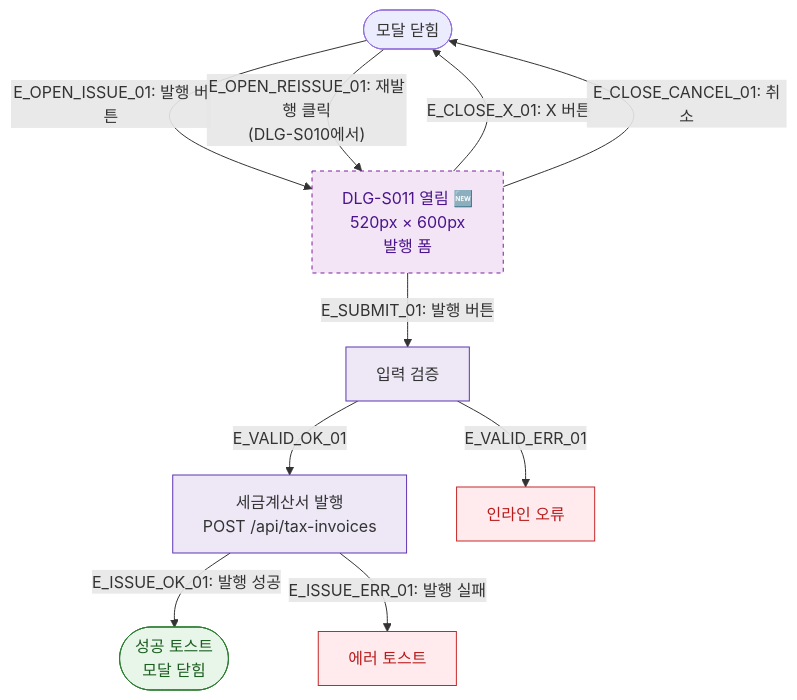
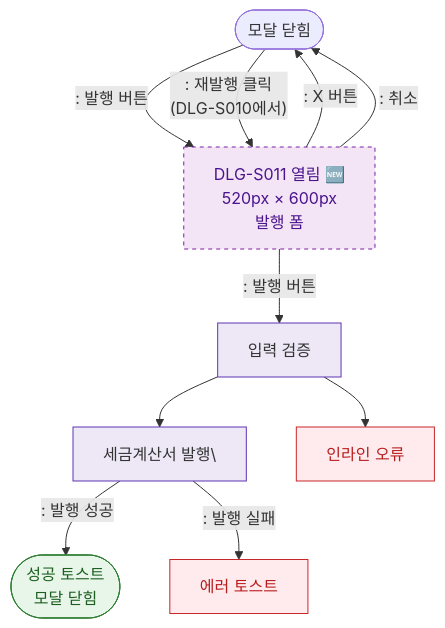
Before and after one commit to dev-spogym/admin-pando: the diagram in docs/다이어그램/D03_매출관리/DLG-S011_세금계산서발행/M1_모달생명주기.md, drawn with Mermaid. The commit also changed other lines of this file and 1660 other files, not shown here.

First line of the commit message:
다이어그램: 기획자/클라이언트 납품본으로 정리

````diff
--- a/docs/다이어그램/D03_매출관리/DLG-S011_세금계산서발행/M1_모달생명주기.md
+++ b/docs/다이어그램/D03_매출관리/DLG-S011_세금계산서발행/M1_모달생명주기.md
@@ -20,25 +18,25 @@
 ```mermaid
 flowchart TD
-    CLOSED([모달 닫힘]) -->|"E_OPEN_ISSUE_01: 발행 버튼"| OPEN[DLG-S011 열림 🆕\n520px × 600px\n발행 폼]
-    CLOSED -->|"E_OPEN_REISSUE_01: 재발행 클릭\n(DLG-S010에서)"| OPEN
+    CLOSED([모달 닫힘]) -->|": 발행 버튼"|OPEN[DLG-S011 열림 🆕\n520px × 600px\n발행 폼]
+    CLOSED -->|": 재발행 클릭\n(DLG-S010에서)"|OPEN
 
-    OPEN -->|"E_SUBMIT_01: 발행 버튼"| VALIDATE[입력 검증]
-    OPEN -->|"E_CLOSE_X_01: X 버튼"| CLOSED
-    OPEN -->|"E_CLOSE_CANCEL_01: 취소"| CLOSED
+    OPEN -->|": 발행 버튼"|VALIDATE[입력 검증]
+    OPEN -->|": X 버튼"|CLOSED
+    OPEN -->|": 취소"|CLOSED
 
-    VALIDATE -->|E_VALID_OK_01| ISSUE[세금계산서 발행\nPOST /api/tax-invoices]
-    VALIDATE -->|E_VALID_ERR_01| ERR_INLINE[인라인 오류]
+    VALIDATE --> ISSUE[세금계산서 발행\]
+    VALIDATE --> ERR_INLINE[인라인 오류]
 
-    ISSUE -->|"E_ISSUE_OK_01: 발행 성공"| SUCCESS([성공 토스트\n모달 닫힘])
-    ISSUE -->|"E_ISSUE_ERR_01: 발행 실패"| ERR_TOAST[에러 토스트]
+    ISSUE -->|": 발행 성공"|SUCCESS([성공 토스트\n모달 닫힘])
+    ISSUE -->|": 발행 실패"|ERR_TOAST[에러 토스트]
 
     classDef newFeature fill:#F3E5F5,stroke:#7B1FA2,color:#4A148C,stroke-dasharray:4 4
     classDef system fill:#EDE7F6,stroke:#5E35B2
     classDef success fill:#E8F5E9,stroke:#2E7D32,color:#1B5E20
     classDef error fill:#FFEBEE,stroke:#C62828,color:#B71C1C
 
     class OPEN newFeature
     class VALIDATE,ISSUE system
     class SUCCESS success
     class ERR_INLINE,ERR_TOAST error
 ```
````
